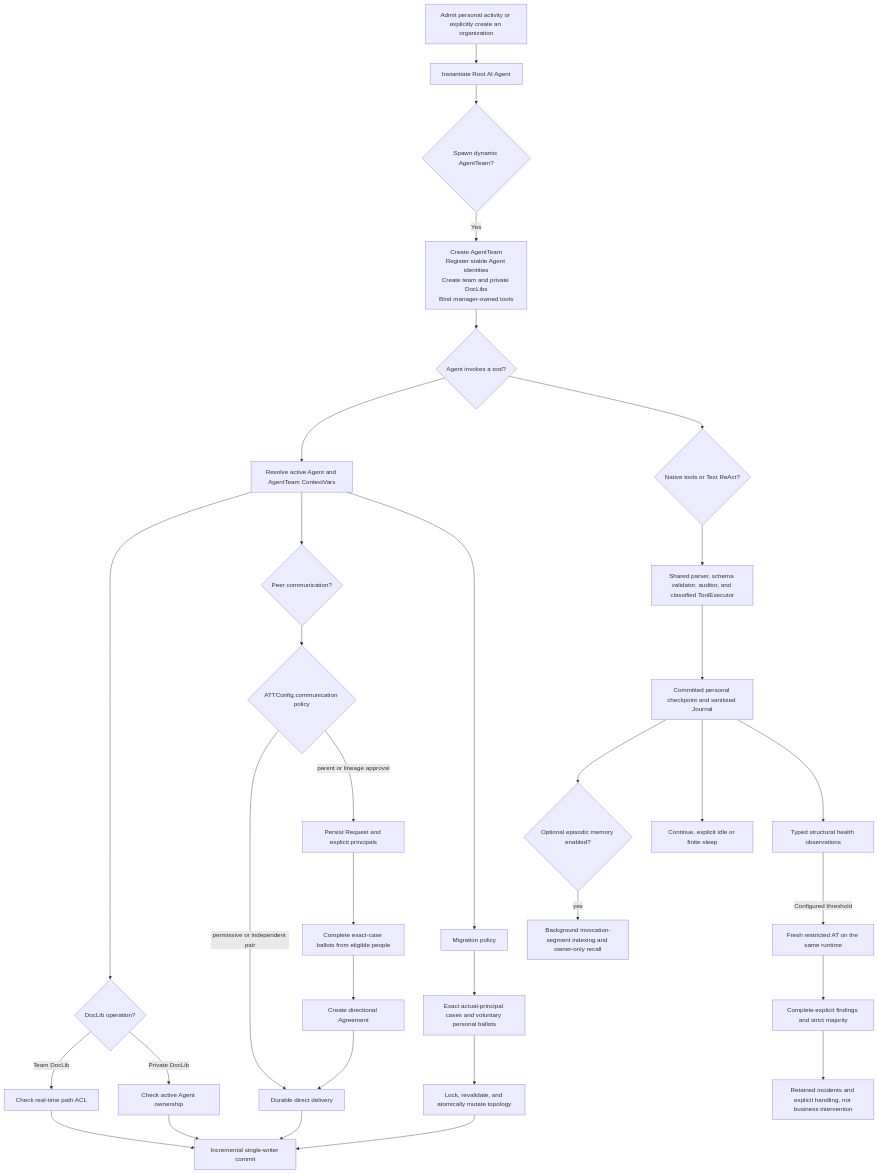
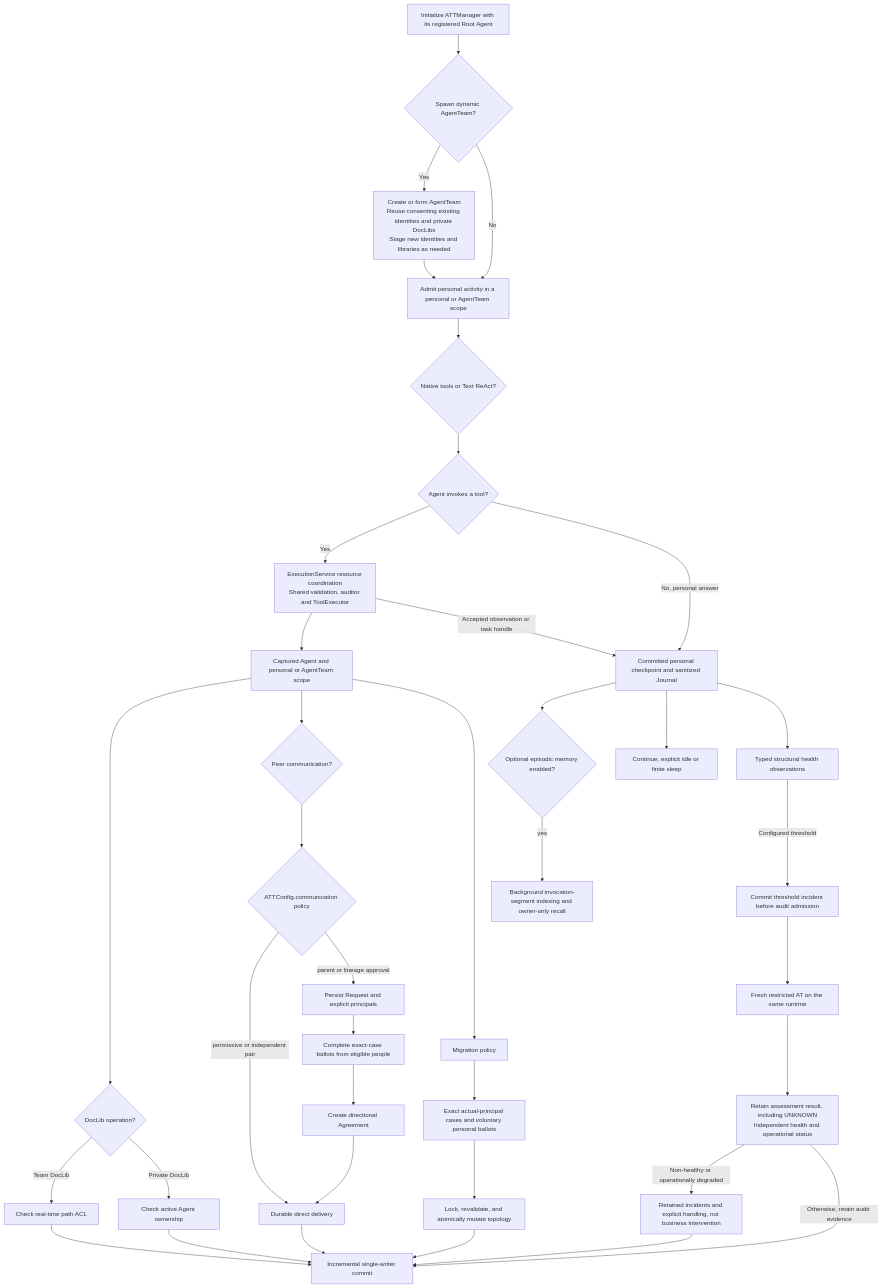
One commit to AI-Team-Team/AI-Team-Team changed the diagram in docs/flowcharts/README.md. Above: the diagram before and after it, drawn with Mermaid. The commit also changed other lines of this file and 113 other files, not shown here.

First line of the commit message:
feat(activity): integrate sleep, recovery, and retained agent death

````diff
--- a/docs/flowcharts/README.md
+++ b/docs/flowcharts/README.md
@@ -21,35 +22,40 @@
 ```mermaid
 flowchart TD
-    Task["Admit personal activity or explicitly create an organization"] --> Root["Instantiate Root AI Agent"]
-    Root --> Spawn{"Spawn dynamic AgentTeam?"}
-    Spawn -- "Yes" --> Identity["Create AgentTeam<br/>Register stable Agent identities<br/>Create team and private DocLibs<br/>Bind manager-owned tools"]
-    Identity --> ToolCall{"Agent invokes a tool?"}
-    ToolCall --> Context["Resolve active Agent and AgentTeam ContextVars"]
+    Root["Initialize ATTManager with its registered Root Agent"] --> Spawn{"Spawn dynamic AgentTeam?"}
+    Spawn -- "Yes" --> Identity["Create or form AgentTeam<br/>Reuse consenting existing identities and private DocLibs<br/>Stage new identities and libraries as needed"]
+    Identity --> Task["Admit personal activity in a personal or AgentTeam scope"]
+    Spawn -- "No" --> Task
+    Task --> Strategy{"Native tools or Text ReAct?"}
+    Strategy --> ToolCall{"Agent invokes a tool?"}
+    ToolCall -- "Yes" --> Executor["ExecutionService resource coordination<br/>Shared validation, auditor and ToolExecutor"]
+    ToolCall -- "No, personal answer" --> Checkpoint
+    Executor --> Context["Captured Agent and personal or AgentTeam scope"]
     Context --> Files{"DocLib operation?"}
     Files -- "Team DocLib" --> ACL["Check real-time path ACL"]
     Files -- "Private DocLib" --> Owner["Check active Agent ownership"]
     ACL --> Persist["Incremental single-writer commit"]
     Owner --> Persist
     Context --> Peer{"Peer communication?"}
     Peer --> CommPolicy{"ATTConfig.communication policy"}
     CommPolicy -- "permissive or independent pair" --> Delivery["Durable direct delivery"]
     CommPolicy -- "parent or lineage approval" --> Request["Persist Request and explicit principals"]
     Request --> Decision["Complete exact-case ballots from eligible people"]
     Decision --> Agreement["Create directional Agreement"]
     Agreement --> Delivery
     Delivery --> Persist
     Context --> Migration["Migration policy"]
     Migration --> Governance["Exact actual-principal cases and voluntary personal ballots"]
     Governance --> Topology["Lock, revalidate, and atomically mutate topology"]
     Topology --> Persist
-    ToolCall --> Strategy{"Native tools or Text ReAct?"}
-    Strategy --> Executor["Shared parser, schema validator, auditor, and classified ToolExecutor"]
-    Executor --> Checkpoint["Committed personal checkpoint and sanitized Journal"]
+    Executor -- "Accepted observation or task handle" --> Checkpoint["Committed personal checkpoint and sanitized Journal"]
     Checkpoint --> MemoryGate{"Optional episodic memory enabled?"}
     MemoryGate -- "yes" --> Catalog["Background invocation-segment indexing and owner-only recall"]
     Checkpoint --> Continue["Continue, explicit idle or finite sleep"]
     Checkpoint --> Evidence["Typed structural health observations"]
-    Evidence -- "Configured threshold" --> Audit["Fresh restricted AT on the same runtime"]
-    Audit --> Findings["Complete explicit findings and strict majority"]
-    Findings --> Incidents["Retained incidents and explicit handling, not business intervention"]
+    Evidence -- "Configured threshold" --> ThresholdIncident["Commit threshold incident before audit admission"]
+    ThresholdIncident --> Audit["Fresh restricted AT on the same runtime"]
+    Audit --> Findings["Retain assessment result, including UNKNOWN<br/>Independent health and operational status"]
+    Findings -- "Non-healthy or operationally degraded" --> Incidents["Retained incidents and explicit handling, not business intervention"]
+    Findings -- "Otherwise, retain audit evidence" --> Persist
+    Incidents --> Persist
 ```
````
